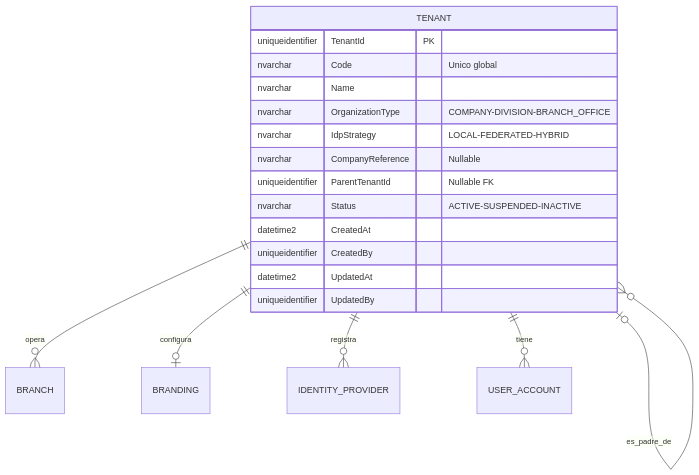
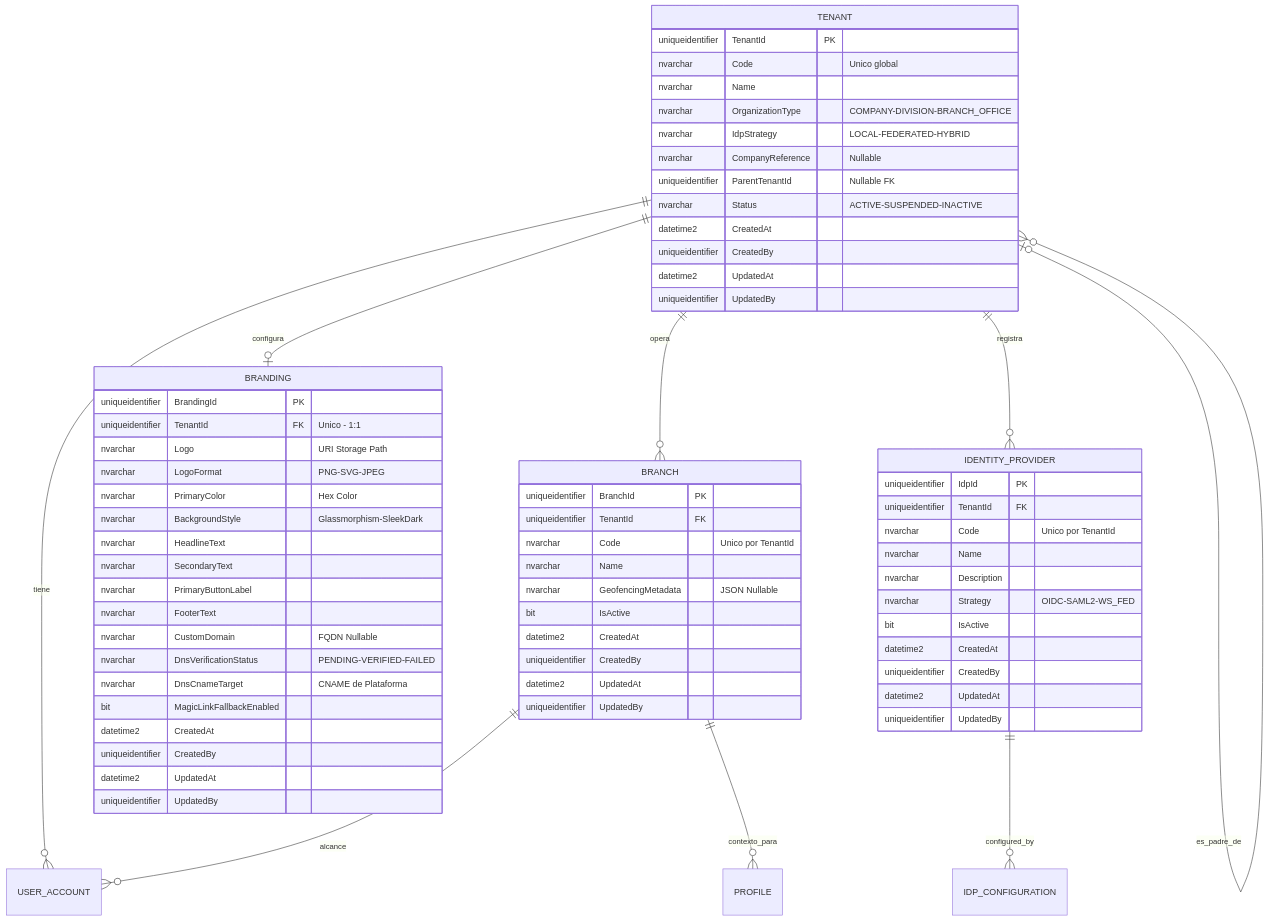
Before and after one commit to beyondnetcode/ums: the ninth of 10 diagrams in docs/domain-es/identity/tenant.md, drawn with Mermaid. The commit also changed other lines of this file and 19 other files, not shown here.

````diff
--- a/docs/domain-es/identity/tenant.md
+++ b/docs/domain-es/identity/tenant.md
@@ -203,23 +349,74 @@
 ```mermaid
 erDiagram
     TENANT ||--o{ BRANCH : "opera"
     TENANT ||--o| BRANDING : "configura"
     TENANT ||--o{ IDENTITY_PROVIDER : "registra"
     TENANT ||--o{ USER_ACCOUNT : "tiene"
     TENANT |o--o{ TENANT : "es_padre_de"
+    BRANCH ||--o{ USER_ACCOUNT : "alcance"
+    BRANCH ||--o{ PROFILE : "contexto_para"
+    IDENTITY_PROVIDER ||--o{ IDP_CONFIGURATION : "configured_by"
 
     TENANT {
         uniqueidentifier TenantId PK
         nvarchar Code "Unico global"
         nvarchar Name
         nvarchar OrganizationType "COMPANY-DIVISION-BRANCH_OFFICE"
         nvarchar IdpStrategy "LOCAL-FEDERATED-HYBRID"
         nvarchar CompanyReference "Nullable"
         uniqueidentifier ParentTenantId "Nullable FK"
         nvarchar Status "ACTIVE-SUSPENDED-INACTIVE"
         datetime2 CreatedAt
         uniqueidentifier CreatedBy
         datetime2 UpdatedAt
         uniqueidentifier UpdatedBy
     }
+
+    BRANCH {
+        uniqueidentifier BranchId PK
+        uniqueidentifier TenantId FK
+        nvarchar Code "Unico por TenantId"
+        nvarchar Name
+        nvarchar GeofencingMetadata "JSON Nullable"
+        bit IsActive
+        datetime2 CreatedAt
+        uniqueidentifier CreatedBy
+        datetime2 UpdatedAt
+        uniqueidentifier UpdatedBy
+    }
+
+    BRANDING {
+        uniqueidentifier BrandingId PK
+        uniqueidentifier TenantId FK "Unico - 1:1"
+        nvarchar Logo "URI Storage Path"
+        nvarchar LogoFormat "PNG-SVG-JPEG"
+        nvarchar PrimaryColor "Hex Color"
+        nvarchar BackgroundStyle "Glassmorphism-SleekDark"
+        nvarchar HeadlineText
+        nvarchar SecondaryText
+        nvarchar PrimaryButtonLabel
+        nvarchar FooterText
+        nvarchar CustomDomain "FQDN Nullable"
+        nvarchar DnsVerificationStatus "PENDING-VERIFIED-FAILED"
+        nvarchar DnsCnameTarget "CNAME de Plataforma"
+        bit MagicLinkFallbackEnabled
+        datetime2 CreatedAt
+        uniqueidentifier CreatedBy
+        datetime2 UpdatedAt
+        uniqueidentifier UpdatedBy
+    }
+
+    IDENTITY_PROVIDER {
+        uniqueidentifier IdpId PK
+        uniqueidentifier TenantId FK
+        nvarchar Code "Unico por TenantId"
+        nvarchar Name
+        nvarchar Description
+        nvarchar Strategy "OIDC-SAML2-WS_FED"
+        bit IsActive
+        datetime2 CreatedAt
+        uniqueidentifier CreatedBy
+        datetime2 UpdatedAt
+        uniqueidentifier UpdatedBy
+    }
 ```
````
